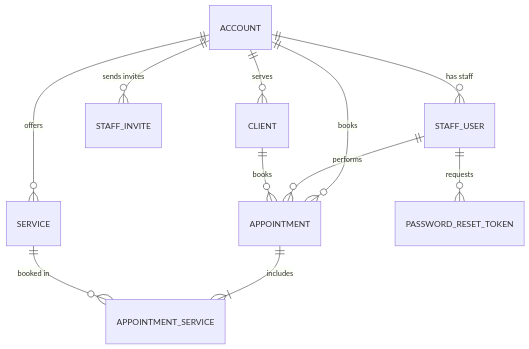
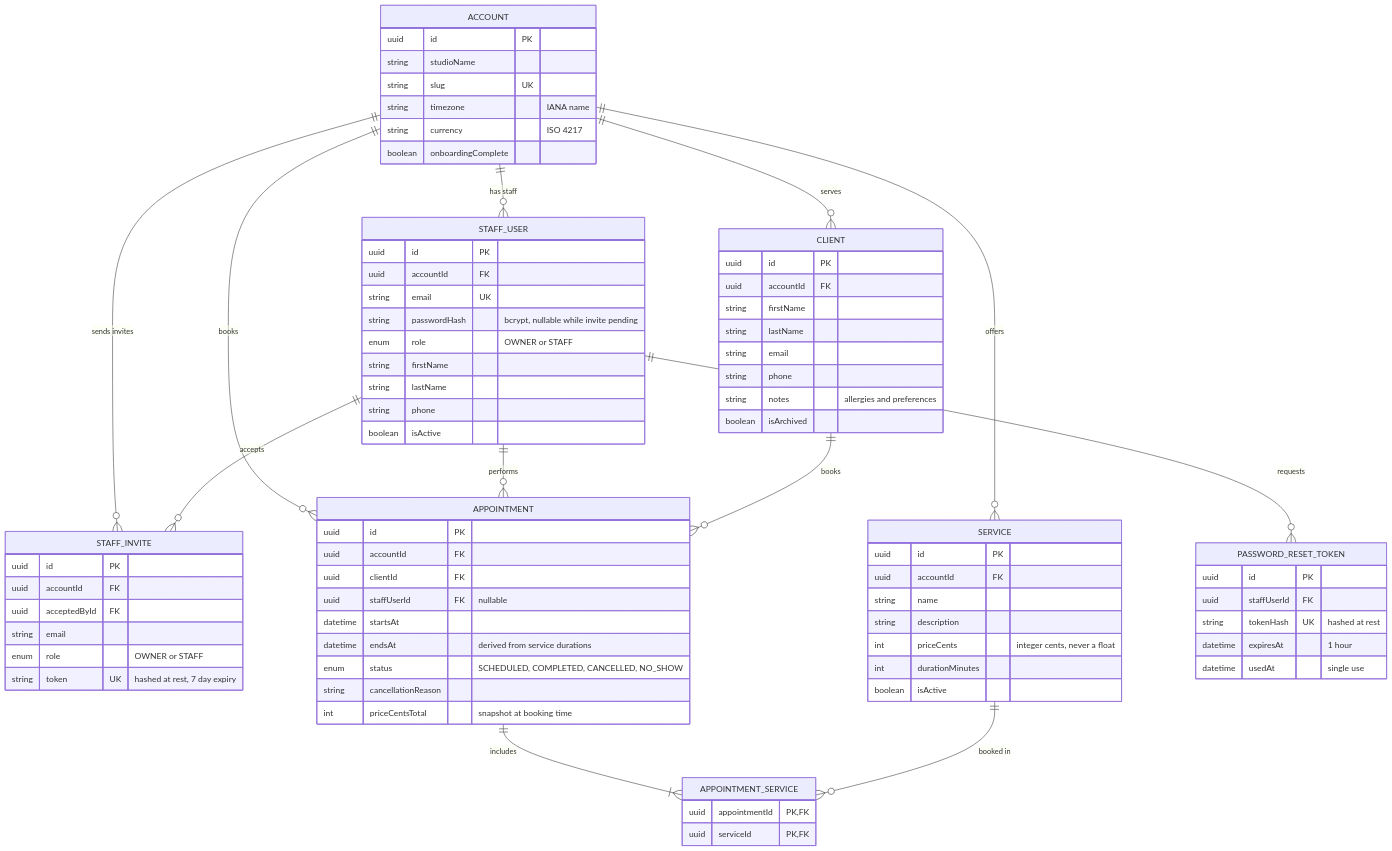
One commit to adab-code/glowbook changed the diagram in docs/w03-reports.md. Above: the diagram before and after it, drawn with Mermaid. The commit also changed other lines of this file and 1 other file, not shown here.

````diff
--- a/docs/w03-reports.md
+++ b/docs/w03-reports.md
@@ -94,8 +96,85 @@
     ACCOUNT ||--o{ SERVICE : "offers"
     ACCOUNT ||--o{ APPOINTMENT : "books"
     STAFF_USER ||--o{ APPOINTMENT : "performs"
+    STAFF_USER ||--o{ STAFF_INVITE : "accepts"
+    STAFF_USER ||--o{ PASSWORD_RESET_TOKEN : "requests"
     CLIENT ||--o{ APPOINTMENT : "books"
     APPOINTMENT ||--|{ APPOINTMENT_SERVICE : "includes"
     SERVICE ||--o{ APPOINTMENT_SERVICE : "booked in"
-    STAFF_USER ||--o{ PASSWORD_RESET_TOKEN : "requests"
+
+    ACCOUNT {
+        uuid id PK
+        string studioName
+        string slug UK
+        string timezone "IANA name"
+        string currency "ISO 4217"
+        boolean onboardingComplete
+    }
+
+    STAFF_USER {
+        uuid id PK
+        uuid accountId FK
+        string email UK
+        string passwordHash "bcrypt, nullable while invite pending"
+        enum role "OWNER or STAFF"
+        string firstName
+        string lastName
+        string phone
+        boolean isActive
+    }
+
+    STAFF_INVITE {
+        uuid id PK
+        uuid accountId FK
+        uuid acceptedById FK
+        string email
+        enum role "OWNER or STAFF"
+        string token UK "hashed at rest, 7 day expiry"
+    }
+
+    CLIENT {
+        uuid id PK
+        uuid accountId FK
+        string firstName
+        string lastName
+        string email
+        string phone
+        string notes "allergies and preferences"
+        boolean isArchived
+    }
+
+    SERVICE {
+        uuid id PK
+        uuid accountId FK
+        string name
+        string description
+        int priceCents "integer cents, never a float"
+        int durationMinutes
+        boolean isActive
+    }
+
+    APPOINTMENT {
+        uuid id PK
+        uuid accountId FK
+        uuid clientId FK
+        uuid staffUserId FK "nullable"
+        datetime startsAt
+        datetime endsAt "derived from service durations"
+        enum status "SCHEDULED, COMPLETED, CANCELLED, NO_SHOW"
+        string cancellationReason
+        int priceCentsTotal "snapshot at booking time"
+    }
+
+    APPOINTMENT_SERVICE {
+        uuid appointmentId PK,FK
+        uuid serviceId PK,FK
+    }
+
+    PASSWORD_RESET_TOKEN {
+        uuid id PK
+        uuid staffUserId FK
+        string tokenHash UK "hashed at rest"
+        datetime expiresAt "1 hour"
+        datetime usedAt "single use"
+    }
 ```
````
